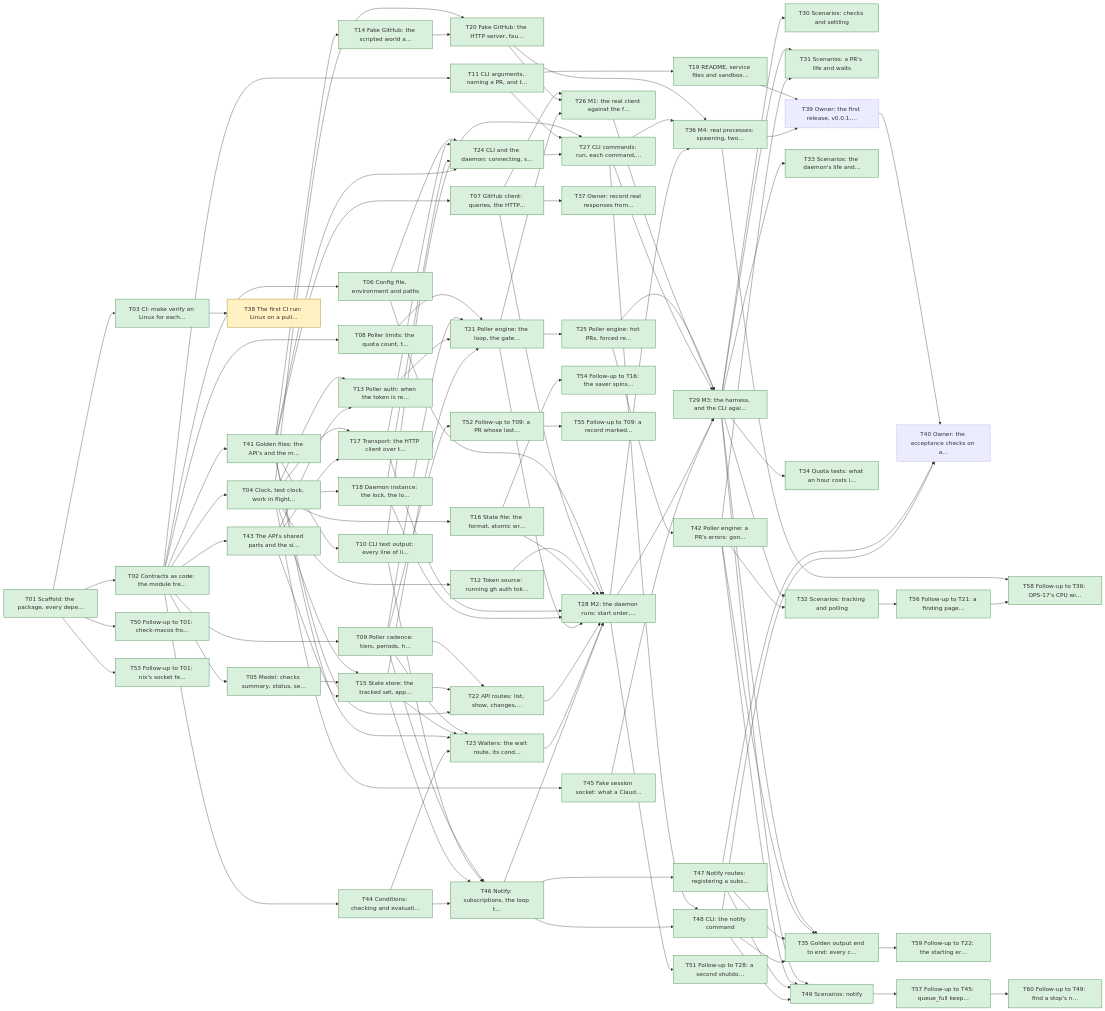
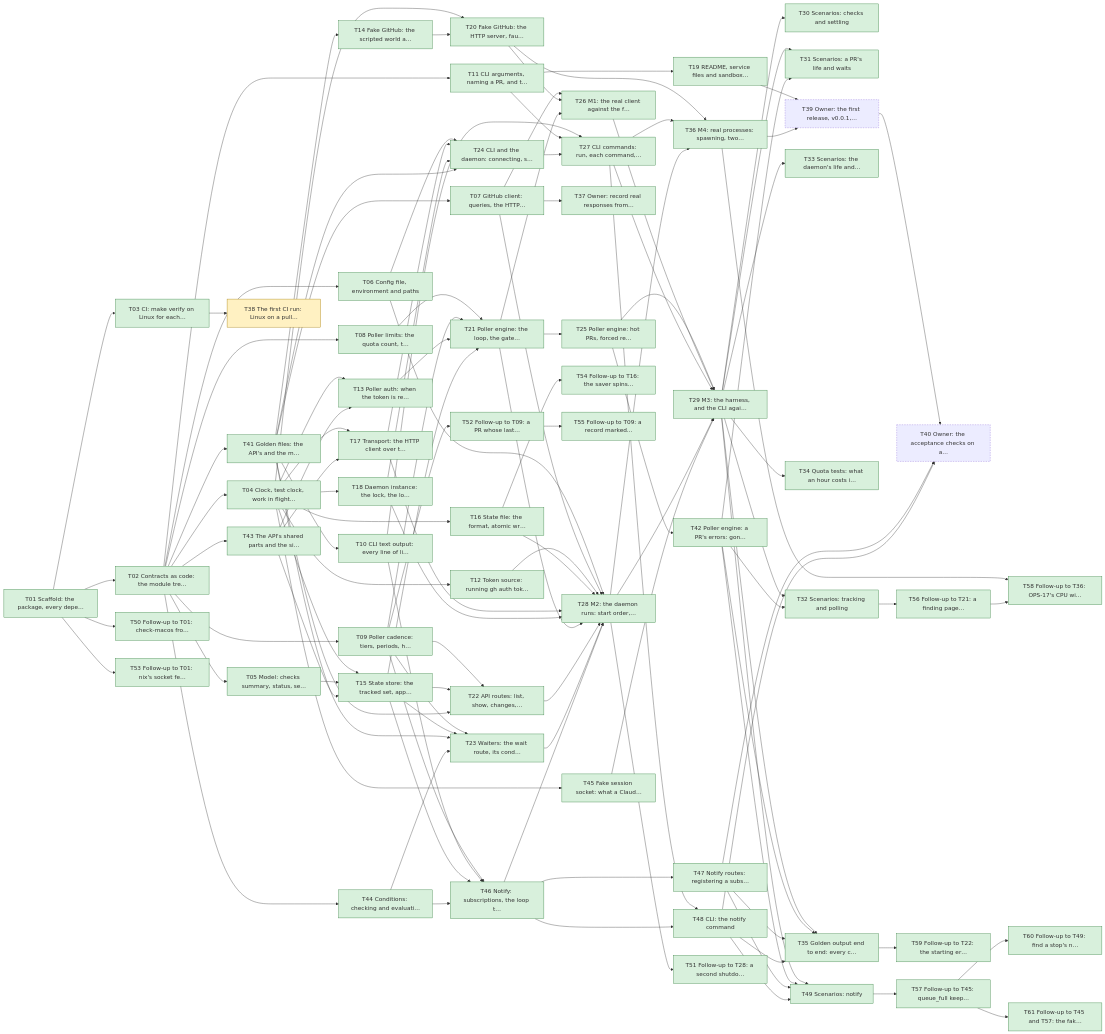
The diagram in plan/README.md (yachiko/circitor), drawn with Mermaid before and after one commit. The commit also changed other lines of this file and 19 other files, not shown here.

```diff
--- a/plan/README.md
+++ b/plan/README.md
@@ -207,6 +208,7 @@
   T58["T58 Follow-up to T36: OPS-17's CPU wi…"]:::done
   T59["T59 Follow-up to T22: the starting er…"]:::done
   T60["T60 Follow-up to T49: find a stop's n…"]:::done
+  T61["T61 Follow-up to T45 and T57: the fak…"]:::done
   T01 --> T02
   T01 --> T03
   T02 --> T04
@@ -317,6 +319,7 @@
   T56 --> T58
   T35 --> T59
   T57 --> T60
+  T57 --> T61
   classDef done fill:#d8f0dc,stroke:#2f7d3b
   classDef active fill:#fff1c2,stroke:#a07800
   classDef blocked fill:#f8d7da,stroke:#a12a35
```
